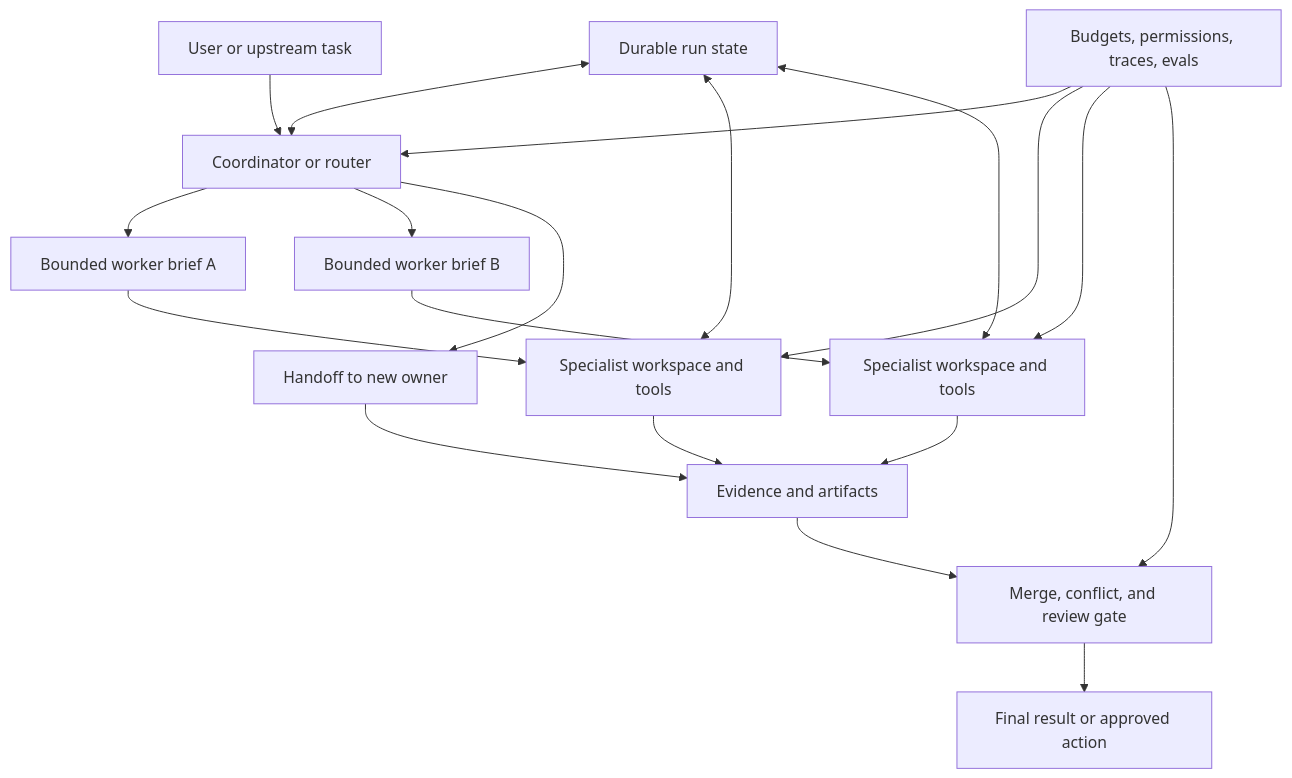
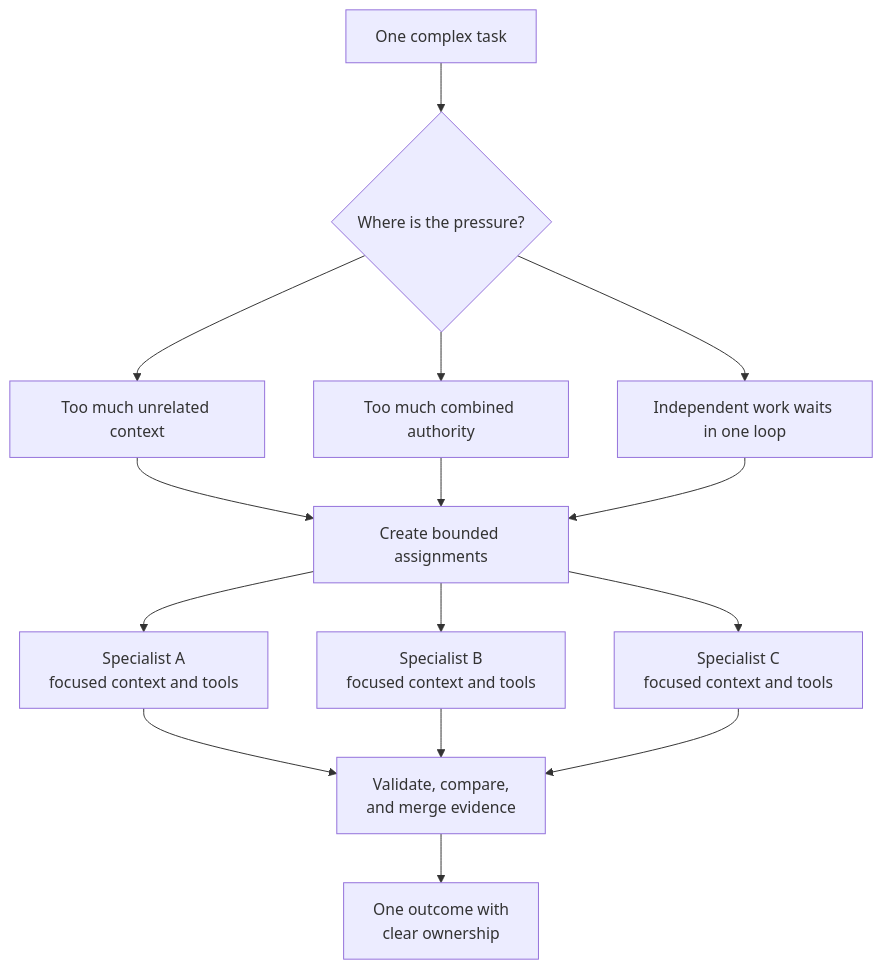
The first of 11 diagrams in roadmaps/mlops/modules/llmops/skills-and-workflows/02-subagents-and-handoffs.md (senlinyy/dev-roadmaps), drawn with Mermaid before and after one commit. The commit also changed other lines of this file and 198 other files, not shown here.

````diff
--- a/roadmaps/mlops/modules/llmops/skills-and-workflows/02-subagents-and-handoffs.md
+++ b/roadmaps/mlops/modules/llmops/skills-and-workflows/02-subagents-and-handoffs.md
@@ -17,21 +43,18 @@
 ```mermaid
-flowchart TB
-    U["User or upstream task"] --> C["Coordinator or router"]
-    C --> B1["Bounded worker brief A"]
-    C --> B2["Bounded worker brief B"]
-    C --> H["Handoff to new owner"]
-    B1 --> W1["Specialist workspace and tools"]
-    B2 --> W2["Specialist workspace and tools"]
-    W1 --> E["Evidence and artifacts"]
-    W2 --> E
-    H --> E
-    E --> M["Merge, conflict, and review gate"]
-    S["Durable run state"] <--> C
-    S <--> W1
-    S <--> W2
-    M --> O["Final result or approved action"]
-    X["Budgets, permissions, traces, evals"] --> C
-    X --> W1
-    X --> W2
-    X --> M
+flowchart TD
+    U["One complex task"] --> P{"Where is the pressure?"}
+    P --> C["Too much unrelated context"]
+    P --> A["Too much combined authority"]
+    P --> W["Independent work waits in one loop"]
+    C --> D["Create bounded assignments"]
+    A --> D
+    W --> D
+    D --> S1["Specialist A<br/>focused context and tools"]
+    D --> S2["Specialist B<br/>focused context and tools"]
+    D --> S3["Specialist C<br/>focused context and tools"]
+    S1 --> M["Validate, compare,<br/>and merge evidence"]
+    S2 --> M
+    S3 --> M
+    M --> O["One outcome with<br/>clear ownership"]
+
 ```
````
